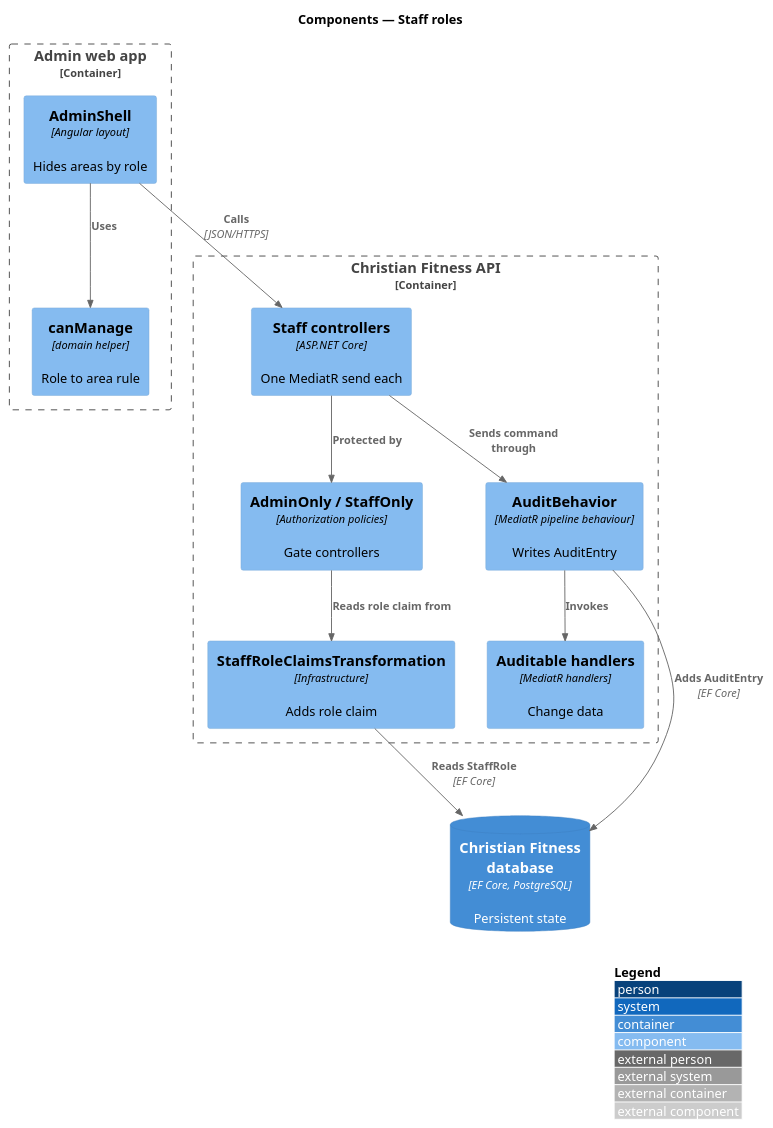
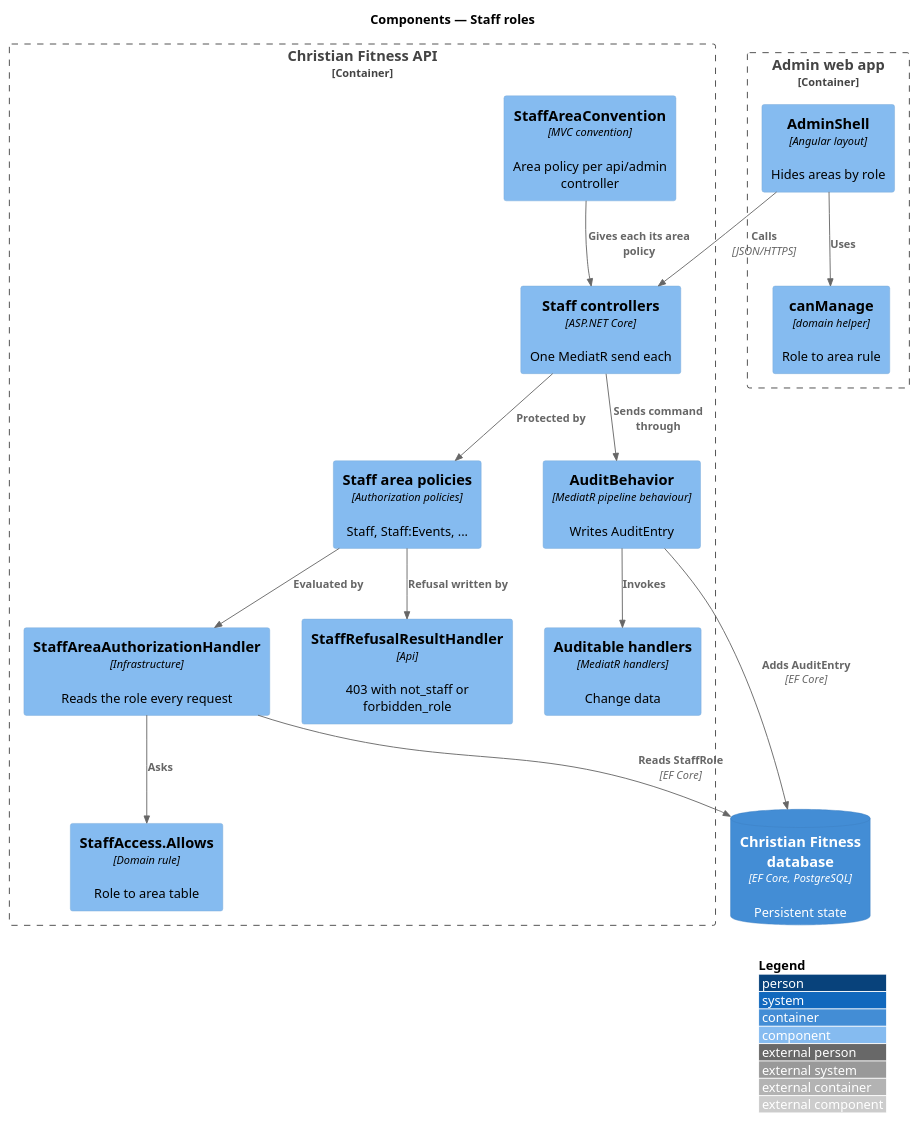
One commit to QuinntyneBrown/christian-fitness changed the diagram in docs/detailed-designs/admin-access/staff-roles/diagrams/c4-component.puml. Above: the diagram before and after it, drawn with PlantUML. The commit also changed 26 other files, not shown here.

```diff
--- a/docs/detailed-designs/admin-access/staff-roles/diagrams/c4-component.puml
+++ b/docs/detailed-designs/admin-access/staff-roles/diagrams/c4-component.puml
@@ -1,27 +1,33 @@
 @startuml
 !include <C4/C4_Component>
 LAYOUT_WITH_LEGEND()
 title Components — Staff roles
 
 Container_Boundary(admin, "Admin web app") {
   Component(nav, "AdminShell", "Angular layout", "Hides areas by role")
   Component(canm, "canManage", "domain helper", "Role to area rule")
 }
 Container_Boundary(api, "Christian Fitness API") {
-  Component(pol, "AdminOnly / StaffOnly", "Authorization policies", "Gate controllers")
-  Component(claims, "StaffRoleClaimsTransformation", "Infrastructure", "Adds role claim")
+  Component(conv, "StaffAreaConvention", "MVC convention", "Area policy per api/admin controller")
+  Component(pol, "Staff area policies", "Authorization policies", "Staff, Staff:Events, ...")
+  Component(claims, "StaffAreaAuthorizationHandler", "Infrastructure", "Reads the role every request")
+  Component(rule, "StaffAccess.Allows", "Domain rule", "Role to area table")
+  Component(result, "StaffRefusalResultHandler", "Api", "403 with not_staff or forbidden_role")
   Component(ctrl, "Staff controllers", "ASP.NET Core", "One MediatR send each")
   Component(audit, "AuditBehavior", "MediatR pipeline behaviour", "Writes AuditEntry")
   Component(handler, "Auditable handlers", "MediatR handlers", "Change data")
 }
 ContainerDb(db, "Christian Fitness database", "EF Core, PostgreSQL", "Persistent state")
 
 Rel(nav, canm, "Uses")
 Rel(nav, ctrl, "Calls", "JSON/HTTPS")
 Rel(ctrl, pol, "Protected by")
-Rel(pol, claims, "Reads role claim from")
+Rel(conv, ctrl, "Gives each its area policy")
+Rel(pol, claims, "Evaluated by")
+Rel(claims, rule, "Asks")
+Rel(pol, result, "Refusal written by")
 Rel(ctrl, audit, "Sends command through")
 Rel(audit, handler, "Invokes")
 Rel(audit, db, "Adds AuditEntry", "EF Core")
 Rel(claims, db, "Reads StaffRole", "EF Core")
 @enduml
```
